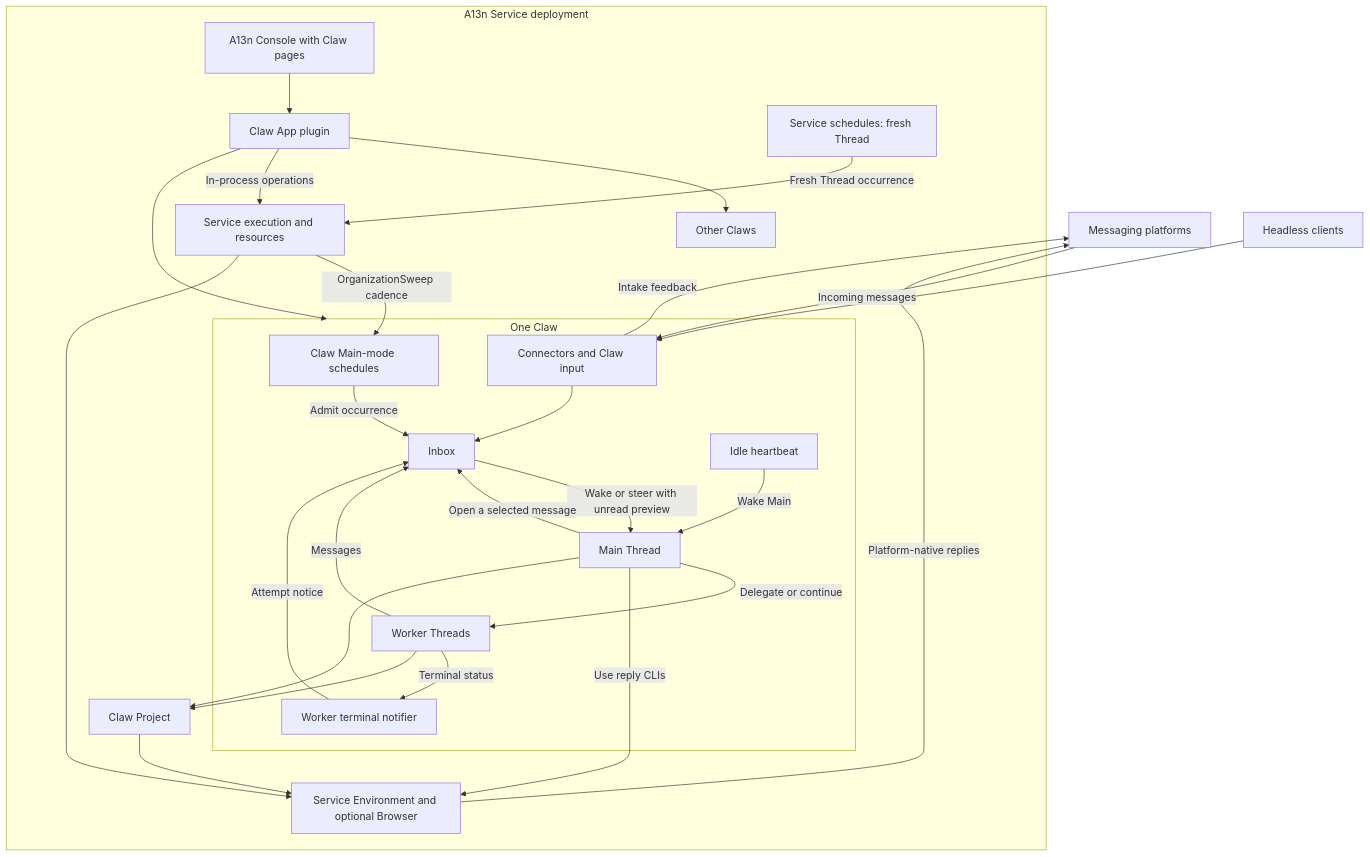
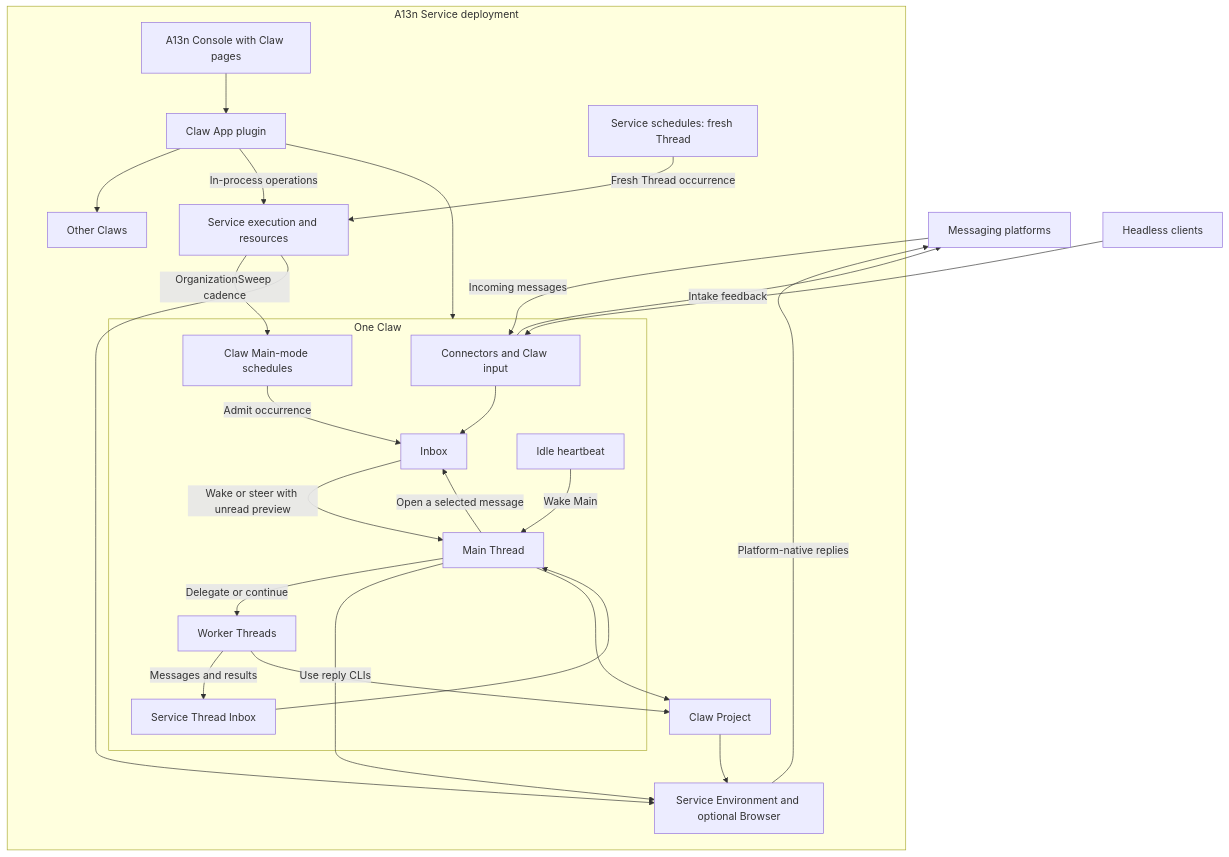
Before and after one commit to Wh1isper/a13n-claw: the first of 2 diagrams in spec/00-overview.md, drawn with Mermaid. The commit also changed other lines of this file and 70 other files, not shown here.

````diff
--- a/spec/00-overview.md
+++ b/spec/00-overview.md
@@ -11,47 +11,46 @@
 ```mermaid
 flowchart TB
     Platforms[Messaging platforms]
     Clients[Headless clients]
     subgraph Deployment[A13n Service deployment]
         Console[A13n Console with Claw pages]
         App[Claw App plugin]
         subgraph A[One Claw]
             Connector[Connectors and Claw input]
             Inbox[Inbox]
             Main[Main Thread]
             Workers[Worker Threads]
-            Notices[Worker terminal notifier]
+            ThreadInbox[Service Thread Inbox]
             Heartbeat[Idle heartbeat]
             ClawSchedule[Claw Main-mode schedules]
             Connector --> Inbox
             Inbox -->|Wake or steer with unread preview| Main
             Main -->|Open a selected message| Inbox
             Main -->|Delegate or continue| Workers
-            Workers -->|Messages| Inbox
-            Workers -->|Terminal status| Notices
-            Notices -->|Attempt notice| Inbox
+            Workers -->|Messages and results| ThreadInbox
+            ThreadInbox --> Main
             Heartbeat -->|Wake Main| Main
             ClawSchedule -->|Admit occurrence| Inbox
         end
         B[Other Claws]
         Service[Service execution and resources]
         Scheduler[Service schedules: fresh Thread]
         Project[Claw Project]
         Work[Service Environment and optional Browser]
         Console --> App
         App --> A
         App --> B
         App -->|In-process operations| Service
         Service -->|OrganizationSweep cadence| ClawSchedule
         Scheduler -->|Fresh Thread occurrence| Service
         Main -->|Use reply CLIs| Work
         Main --> Project
         Workers --> Project
         Project --> Work
         Service --> Work
     end
     Platforms -->|Incoming messages| Connector
     Connector -->|Intake feedback| Platforms
     Work -->|Platform-native replies| Platforms
     Clients --> Connector
 ```
````
